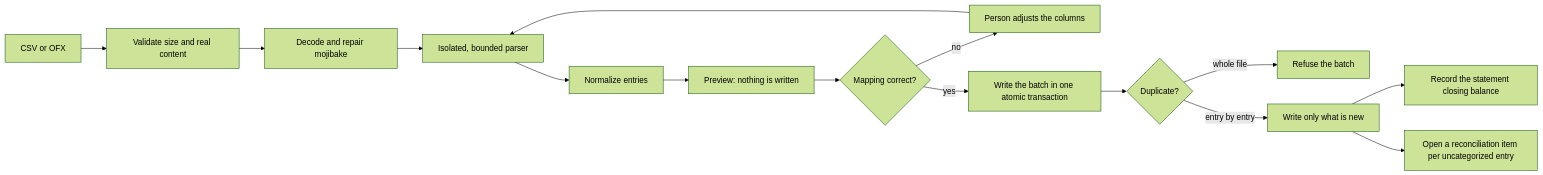
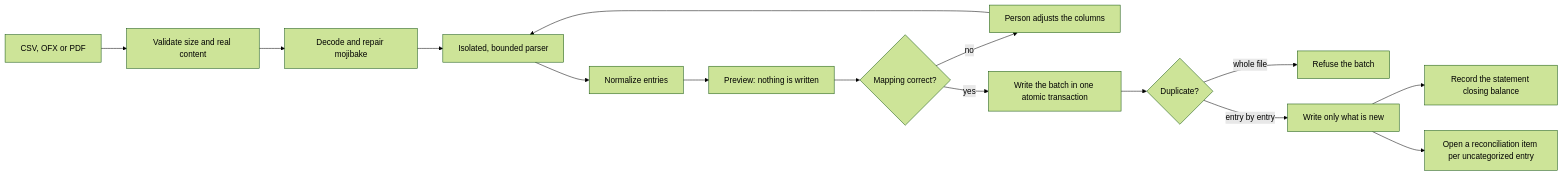
The sixth of 8 diagrams in docs/ARCHITECTURE.md (luizfelipe-pacifico/talentum), drawn with Mermaid (forest theme) before and after one commit. The commit also changed other lines of this file and 411 other files, not shown here.

````diff
--- a/docs/ARCHITECTURE.md
+++ b/docs/ARCHITECTURE.md
@@ -246,17 +278,17 @@
 ```mermaid
 flowchart LR
-    F[CSV or OFX] --> V[Validate size and real content]
+    F[CSV, OFX or PDF] --> V[Validate size and real content]
     V --> D[Decode and repair mojibake]
     D --> P[Isolated, bounded parser]
     P --> N[Normalize entries]
     N --> R[Preview: nothing is written]
     R --> U{Mapping correct?}
     U -- no --> A[Person adjusts the columns]
     A --> P
     U -- yes --> G[Write the batch in one atomic transaction]
     G --> Q{Duplicate?}
     Q -- whole file --> X[Refuse the batch]
     Q -- entry by entry --> S[Write only what is new]
     S --> B[Record the statement closing balance]
     S --> C[Open a reconciliation item per uncategorized entry]
 ```
````
